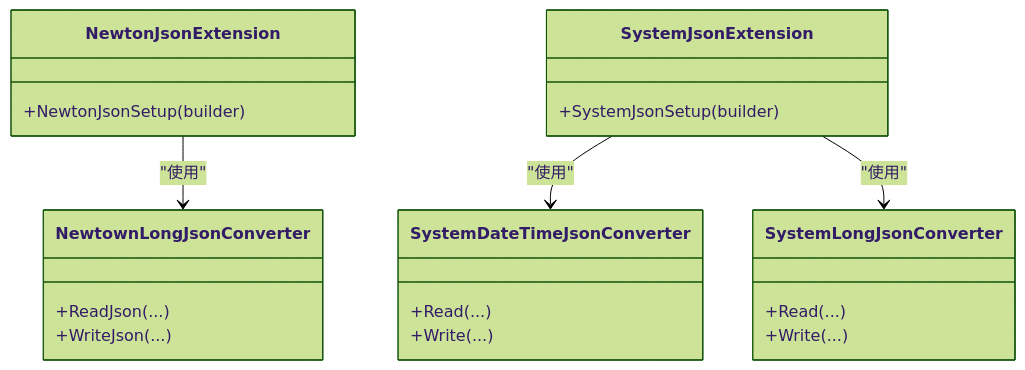
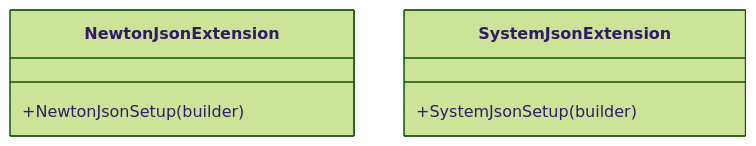
Before and after one commit to leadiot/Scm.Net: the seventh of 7 diagrams in .qoder/repowiki/zh/content/服务器基础设施/服务器基础设施.md, drawn with Mermaid (forest theme). The commit also changed other lines of this file and 17 other files, not shown here.

````diff
--- a/.qoder/repowiki/zh/content/服务器基础设施/服务器基础设施.md
+++ b/.qoder/repowiki/zh/content/服务器基础设施/服务器基础设施.md
@@ -256,24 +242,9 @@
 ```mermaid
 classDiagram
 class NewtonJsonExtension {
 +NewtonJsonSetup(builder)
 }
 class SystemJsonExtension {
 +SystemJsonSetup(builder)
 }
-class SystemDateTimeJsonConverter {
-+Read(...)
-+Write(...)
-}
-class SystemLongJsonConverter {
-+Read(...)
-+Write(...)
-}
-class NewtownLongJsonConverter {
-+ReadJson(...)
-+WriteJson(...)
-}
-NewtonJsonExtension --> NewtownLongJsonConverter : "使用"
-SystemJsonExtension --> SystemDateTimeJsonConverter : "使用"
-SystemJsonExtension --> SystemLongJsonConverter : "使用"
 ```
````
